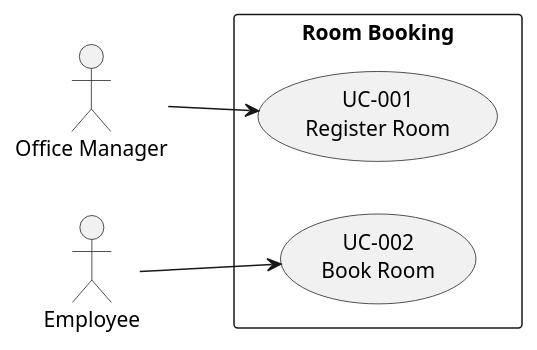
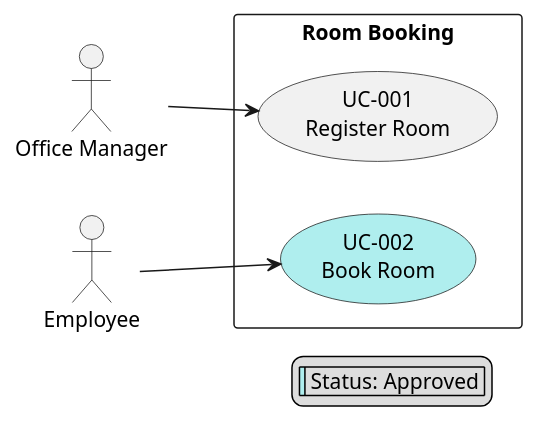
The diagram in docs/use_cases.puml (simasch/werkstatt-demo), drawn with PlantUML before and after one commit. The commit also changed 1 other file, not shown here.

```diff
--- a/docs/use_cases.puml
+++ b/docs/use_cases.puml
@@ -1,16 +1,20 @@
 @startuml Use Cases Overview
 left to right direction
 skinparam packageStyle rectangle
 
 actor "Office Manager" as manager
 actor "Employee" as employee
 
 rectangle "Room Booking" {
     usecase "UC-001\nRegister Room" as UC001
-    usecase "UC-002\nBook Room" as UC002
+    usecase "UC-002\nBook Room" as UC002 #PaleTurquoise
 }
 
 manager --> UC001
 employee --> UC002
 
+legend right
+  |<#PaleTurquoise>| Status: Approved |
+endlegend
+
 @enduml
```
